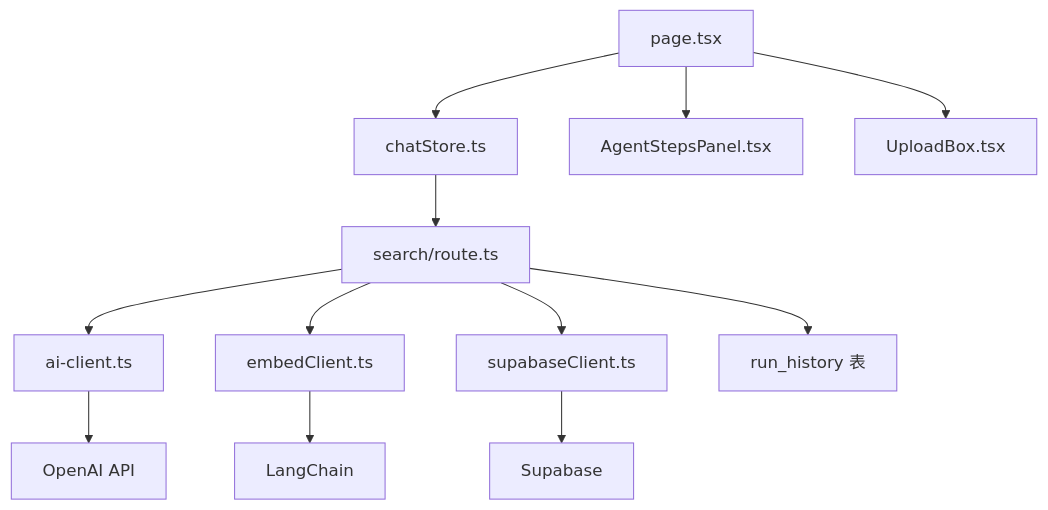
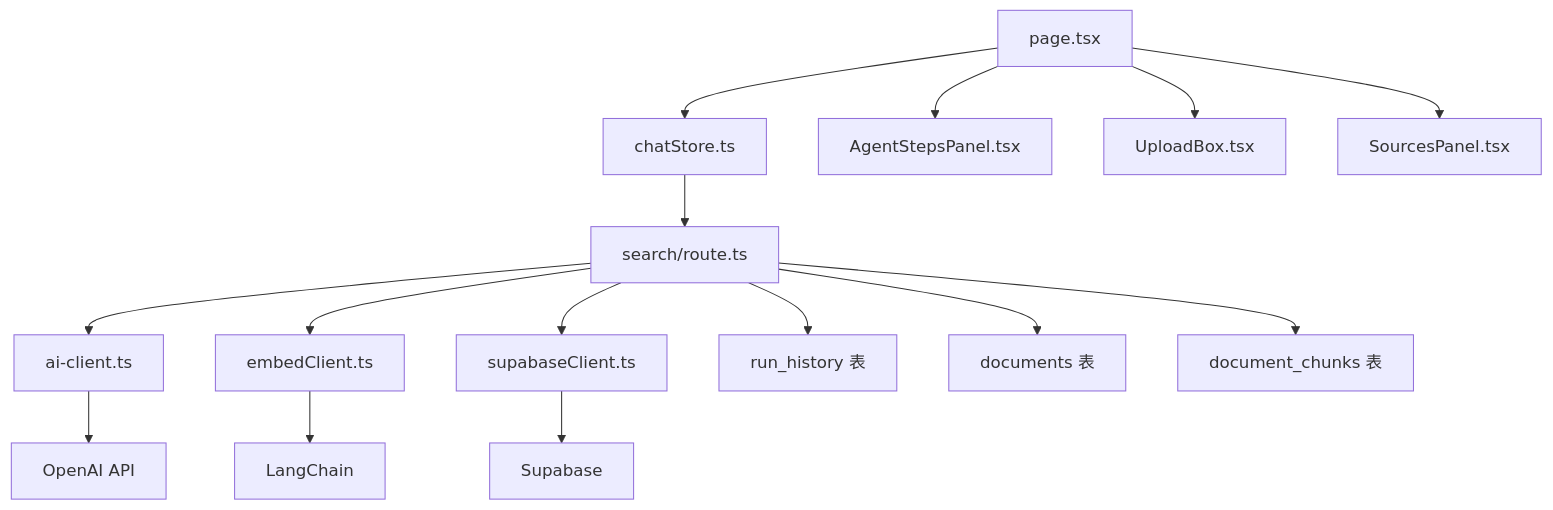
One commit to codderrapper/EnterpriseAnswer changed the second of 2 diagrams in docs/project.md. Above: the diagram before and after it, drawn with Mermaid. The commit also changed other lines of this file and 5 other files, not shown here.

````diff
--- a/docs/project.md
+++ b/docs/project.md
@@ -464,14 +643,17 @@
 ```mermaid
 graph TD
     A[page.tsx] --> B[chatStore.ts]
     A --> C[AgentStepsPanel.tsx]
     A --> D[UploadBox.tsx]
-    B --> E[search/route.ts]
-    E --> F[ai-client.ts]
-    E --> G[embedClient.ts]
-    E --> H[supabaseClient.ts]
-    E --> I[run_history 表]
-    F --> J[OpenAI API]
-    G --> K[LangChain]
-    H --> L[Supabase]
+    A --> E[SourcesPanel.tsx]
+    B --> F[search/route.ts]
+    F --> G[ai-client.ts]
+    F --> H[embedClient.ts]
+    F --> I[supabaseClient.ts]
+    F --> J[run_history 表]
+    G --> K[OpenAI API]
+    H --> L[LangChain]
+    I --> M[Supabase]
+    F --> N[documents 表]
+    F --> O[document_chunks 表]
 ```
````
